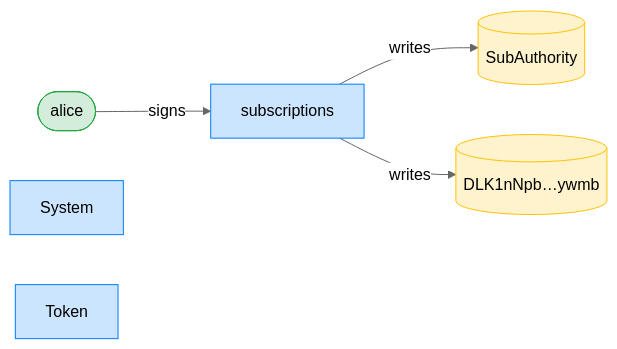
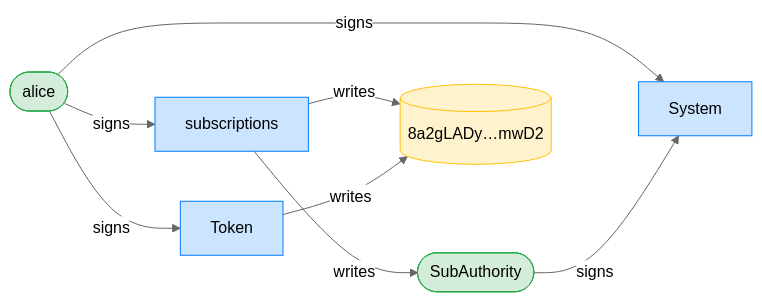
Before and after one commit to cds-rs/subscriptions: the third of 20 diagrams in dsl_tests/revoke-a-subscription-after-cancel.md, drawn with Mermaid (neutral theme). The commit also changed other lines of this file and 224 other files, not shown here.

````diff
--- a/dsl_tests/revoke-a-subscription-after-cancel.md
+++ b/dsl_tests/revoke-a-subscription-after-cancel.md
@@ -55,15 +56,19 @@
 ```mermaid
 flowchart LR
     classDef signer fill:#d4edda,stroke:#28a745;
     classDef program fill:#cce5ff,stroke:#007bff;
     classDef writable fill:#fff3cd,stroke:#ffc107;
     subscriptions[subscriptions]:::program
     alice([alice]):::signer
-    SubAuthority[(SubAuthority)]:::writable
-    DLK1nNpb_ywmb[("DLK1nNpb…ywmb")]:::writable
+    SubAuthority([SubAuthority]):::signer
+    8a2gLADy_mwD2[("8a2gLADy…mwD2")]:::writable
     System[System]:::program
     Token[Token]:::program
     alice -->|signs| subscriptions
+    alice -->|signs| System
+    SubAuthority -->|signs| System
+    alice -->|signs| Token
     subscriptions -->|writes| SubAuthority
-    subscriptions -->|writes| DLK1nNpb_ywmb
+    subscriptions -->|writes| 8a2gLADy_mwD2
+    Token -->|writes| 8a2gLADy_mwD2
 ```
````
